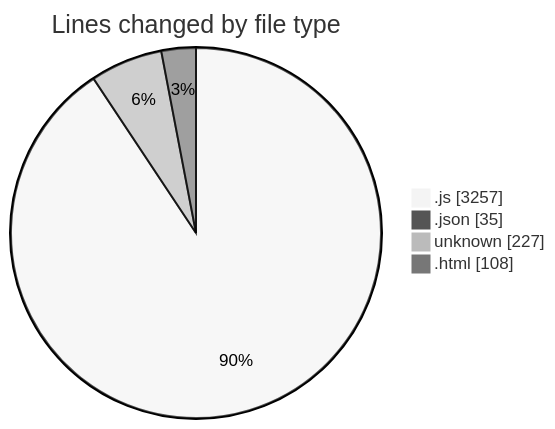
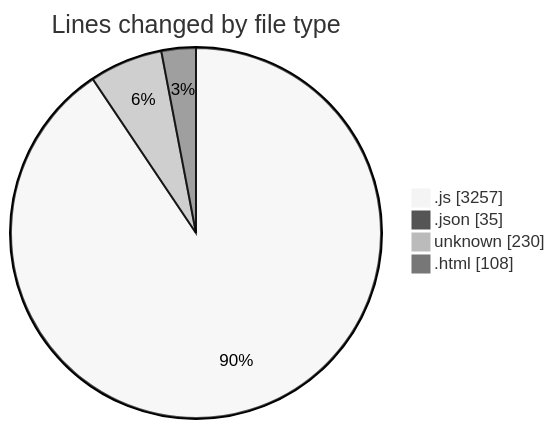
Before and after one commit to becaeroporto-bot/code-tracking: the first of 2 diagrams in 2026-02-20/bot_i_a/README.md, drawn with Mermaid (neutral theme). The commit also changed other lines of this file and 1 other file, not shown here.

````diff
--- a/2026-02-20/bot_i_a/README.md
+++ b/2026-02-20/bot_i_a/README.md
@@ -44,8 +44,8 @@
 ```mermaid
 pie showData
 title Lines changed by file type
 ".js" : 3257
 ".json" : 35
-"unknown" : 227
+"unknown" : 230
 ".html" : 108
 ```
````
